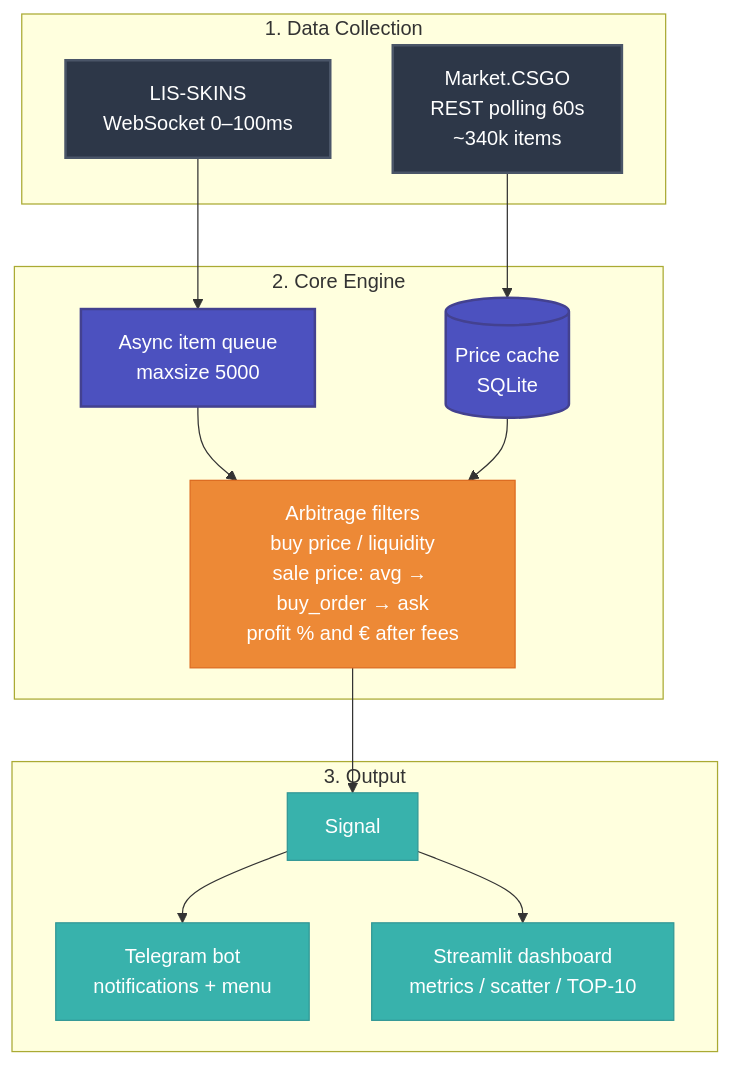
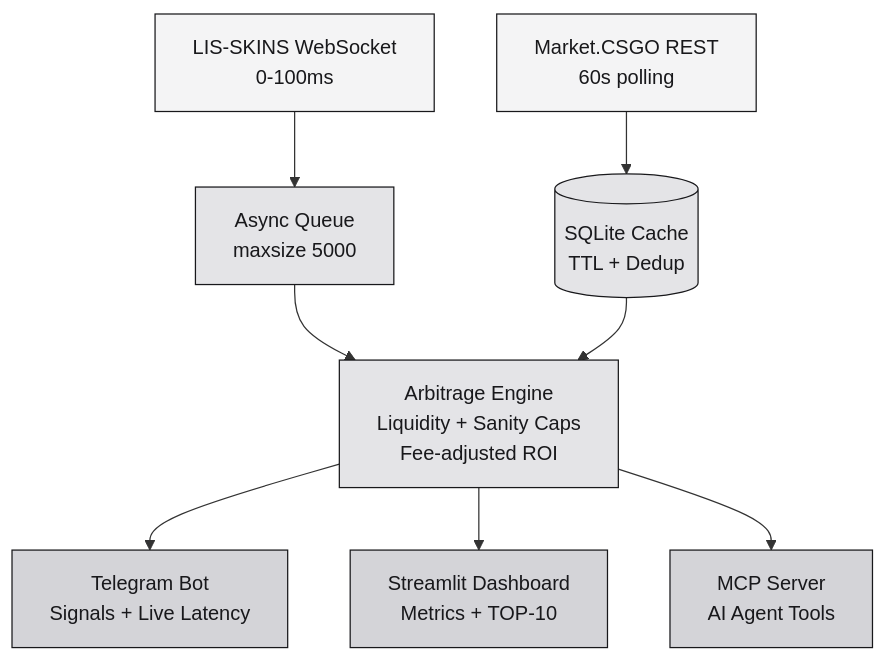
The diagram in README.md (sleepti3ht/Market-Analytics-Bot), drawn with Mermaid before and after one commit. The commit also changed other lines of this file, not shown here.

````diff
--- a/README.md
+++ b/README.md
@@ -77,33 +71,16 @@
 ```mermaid
 graph TD
-%% --- Styles ---
-classDef source fill:#2d3748,stroke:#4a5568,color:#fff,stroke-width:2px;
-classDef core fill:#4c51bf,stroke:#434190,color:#fff,stroke-width:2px;
-classDef analytics fill:#ed8936,stroke:#dd6b20,color:#fff;
-classDef output fill:#38b2ac,stroke:#319795,color:#fff;
+    classDef source fill:#f4f4f5,stroke:#18181b,color:#18181b,stroke-width:1px;
+    classDef core fill:#e4e4e7,stroke:#18181b,color:#18181b,stroke-width:1px;
+    classDef output fill:#d4d4d8,stroke:#18181b,color:#18181b,stroke-width:1px;
 
-subgraph "1. Data Collection"
-    A[LIS-SKINS<br/>WebSocket 0–100ms]:::source
-    B[Market.CSGO<br/>REST polling 60s<br/>~340k items]:::source
-end
-
-subgraph "2. Core Engine"
-    C[Async item queue<br/>maxsize 5000]:::core
-    D[(Price cache<br/>SQLite)]:::core
-    E[Arbitrage filters<br/>buy price / liquidity<br/>sale price: avg → buy_order → ask<br/>profit % and € after fees]:::analytics
-end
-
-subgraph "3. Output"
-    F[Signal]:::output
-    G[Telegram bot<br/>notifications + menu]:::output
-    H[Streamlit dashboard<br/>metrics / scatter / TOP-10]:::output
-end
-
-A --> C
-B --> D
-C --> E
-D --> E
-E --> F
-F --> G
-F --> H
+    A[LIS-SKINS WebSocket<br/>0-100ms]:::source --> C[Async Queue<br/>maxsize 5000]:::core
+    B[Market.CSGO REST<br/>60s polling]:::source --> D[(SQLite Cache<br/>TTL + Dedup)]:::core
+    
+    C --> E[Arbitrage Engine<br/>Liquidity + Sanity Caps<br/>Fee-adjusted ROI]:::core
+    D --> E
+    
+    E --> F[Telegram Bot<br/>Signals + Live Latency]:::output
+    E --> G[Streamlit Dashboard<br/>Metrics + TOP-10]:::output
+    E --> H[MCP Server<br/>AI Agent Tools]:::output
 ```
````
